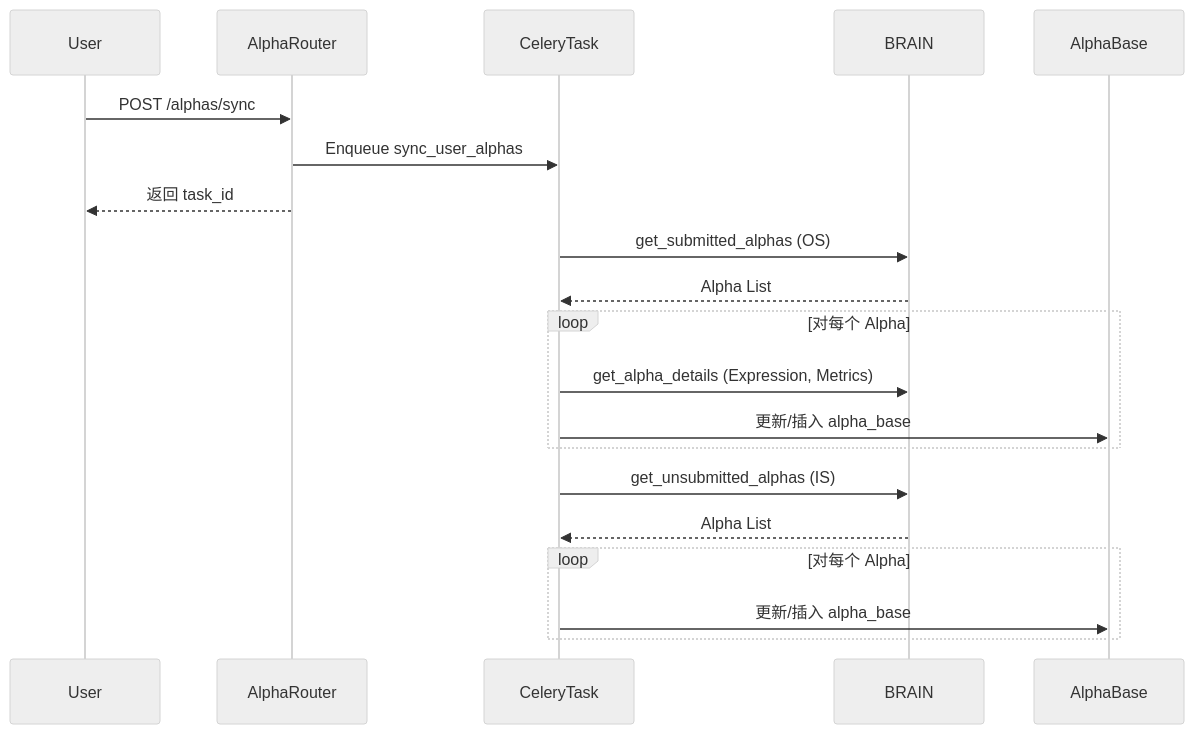
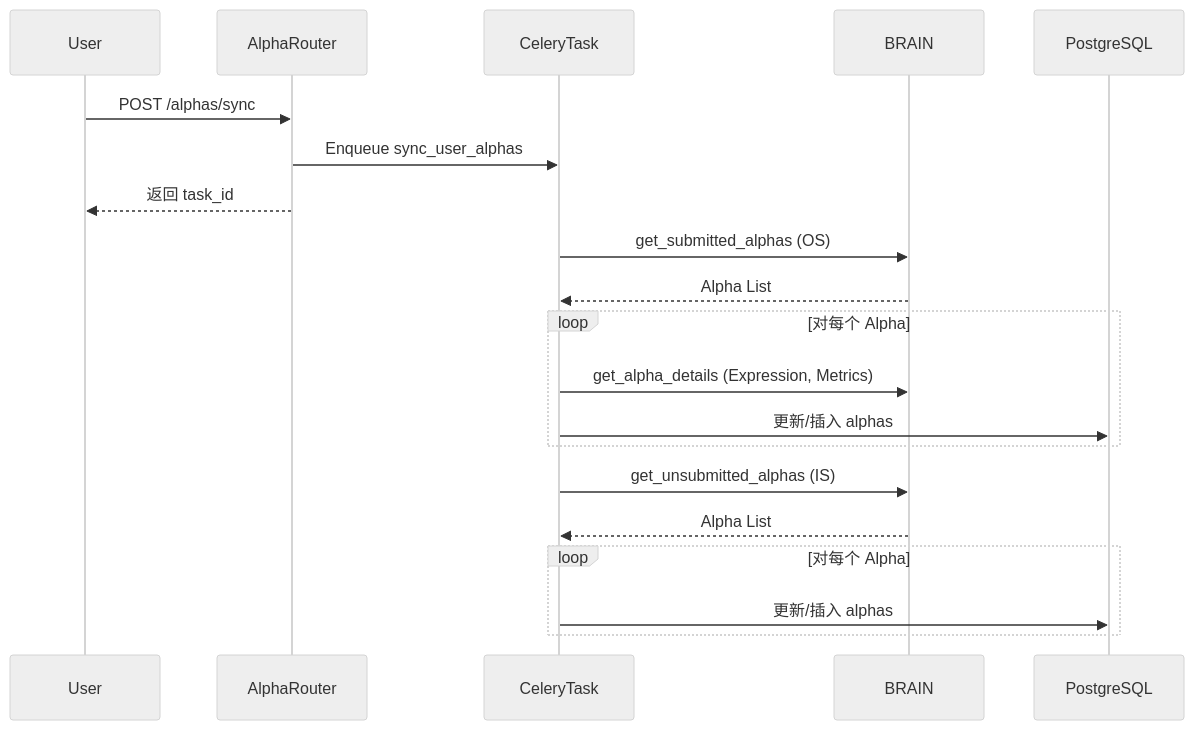
The fifth of 6 diagrams in data/详细设计说明文档.md (chengzhi43/worldquant-alpha-aiac), drawn with Mermaid (neutral theme) before and after one commit. The commit also changed other lines of this file and 12 other files, not shown here.

````diff
--- a/data/详细设计说明文档.md
+++ b/data/详细设计说明文档.md
@@ -559,27 +579,27 @@
 ```mermaid
 sequenceDiagram
     participant User
     participant API as AlphaRouter
     participant Task as CeleryTask
     participant Brain as BRAIN
-    participant DB as AlphaBase
+    participant DB as PostgreSQL
 
     User->>API: POST /alphas/sync
     API->>Task: Enqueue sync_user_alphas
     API-->>User: 返回 task_id
 
     Task->>Brain: get_submitted_alphas (OS)
     Brain-->>Task: Alpha List
     
     loop 对每个 Alpha
         Task->>Brain: get_alpha_details (Expression, Metrics)
-        Task->>DB: 更新/插入 alpha_base
+        Task->>DB: 更新/插入 alphas
     end
 
     Task->>Brain: get_unsubmitted_alphas (IS)
     Brain-->>Task: Alpha List
     
     loop 对每个 Alpha
-        Task->>DB: 更新/插入 alpha_base
+        Task->>DB: 更新/插入 alphas
     end
 ```
````
